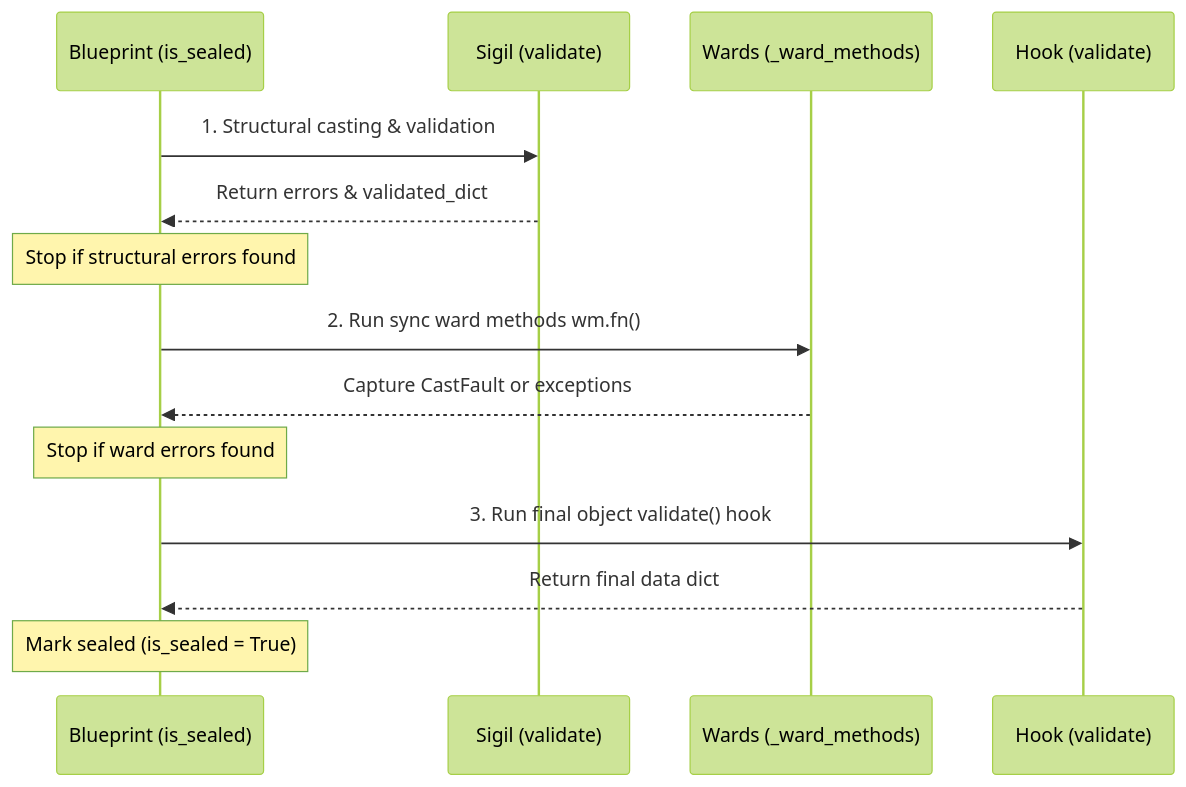
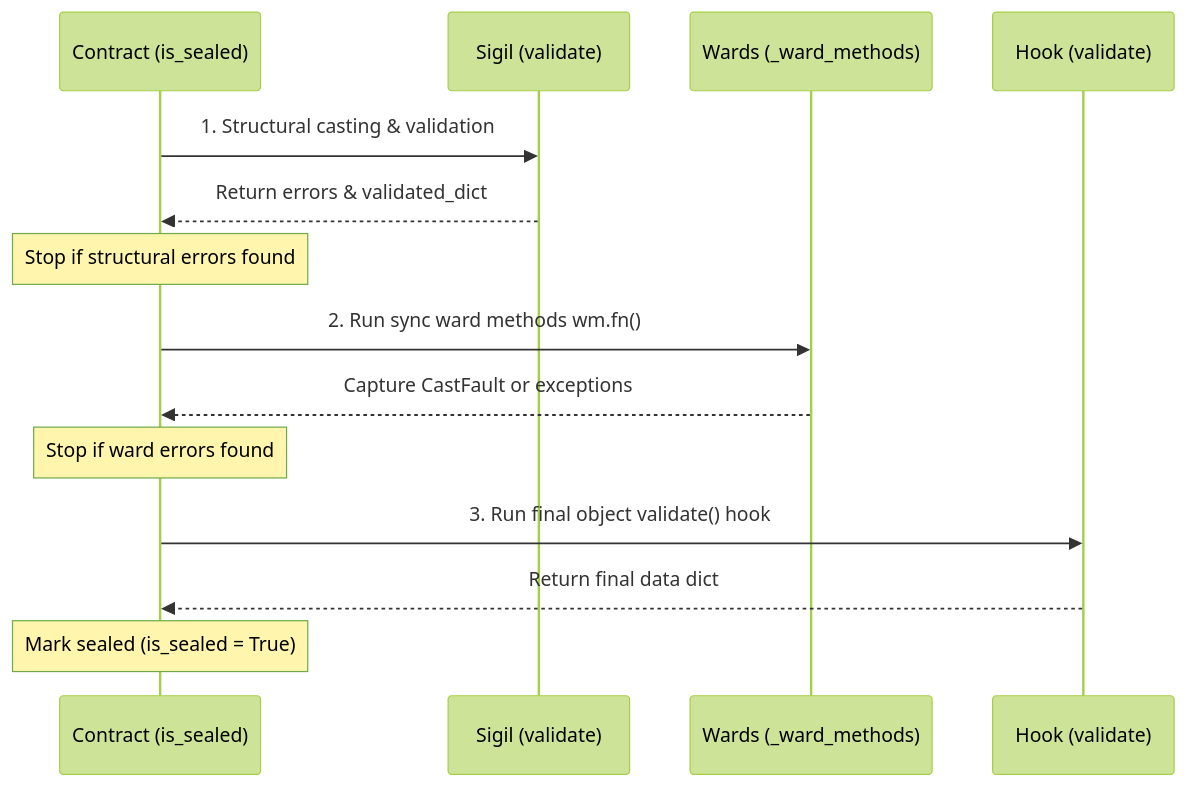
The second of 3 diagrams in docs/docs/blueprints/casting-sealing.md (tubox-labs/Aquilia), drawn with Mermaid (forest theme) before and after one commit. The commit also changed other lines of this file and 62 other files, not shown here.

Commit message:
refactor(contracts): replace Blueprint→Contract in docs/ (Markdown)

````diff
--- a/docs/docs/blueprints/casting-sealing.md
+++ b/docs/docs/blueprints/casting-sealing.md
@@ -87,19 +87,19 @@
 ```mermaid
 sequenceDiagram
-    participant B as Blueprint (is_sealed)
+    participant B as Contract (is_sealed)
     participant S as Sigil (validate)
     participant W as Wards (_ward_methods)
     participant H as Hook (validate)
 
     B->>S: 1. Structural casting & validation
     S-->>B: Return errors & validated_dict
     Note over B: Stop if structural errors found
     
     B->>W: 2. Run sync ward methods wm.fn()
     W-->>B: Capture CastFault or exceptions
     Note over B: Stop if ward errors found
     
     B->>H: 3. Run final object validate() hook
     H-->>B: Return final data dict
     Note over B: Mark sealed (is_sealed = True)
 ```
````
